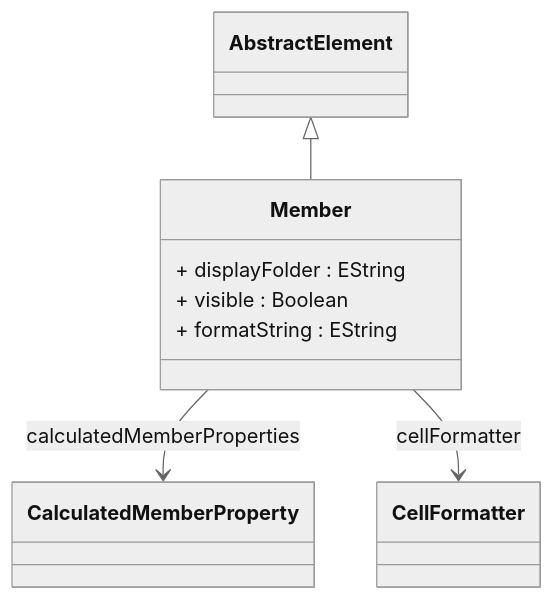
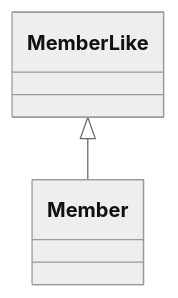
The diagram in docs/cubeserver/model/class-Member.md (eclipse-daanse/eclipse-daanse.github.io), drawn with Mermaid (neutral theme) before and after one commit. The commit also changed other lines of this file and 138 other files, not shown here.

````diff
--- a/docs/cubeserver/model/class-Member.md
+++ b/docs/cubeserver/model/class-Member.md
@@ -105,13 +54,8 @@
 ```mermaid
 classDiagram
   class Member {
-    + displayFolder : EString
-    + visible : Boolean
-    + formatString : EString
   }
 
-  AbstractElement <|-- Member
-  Member --> CalculatedMemberProperty : calculatedMemberProperties
-  Member --> CellFormatter : cellFormatter
+  MemberLike <|-- Member
 
 ```
````
